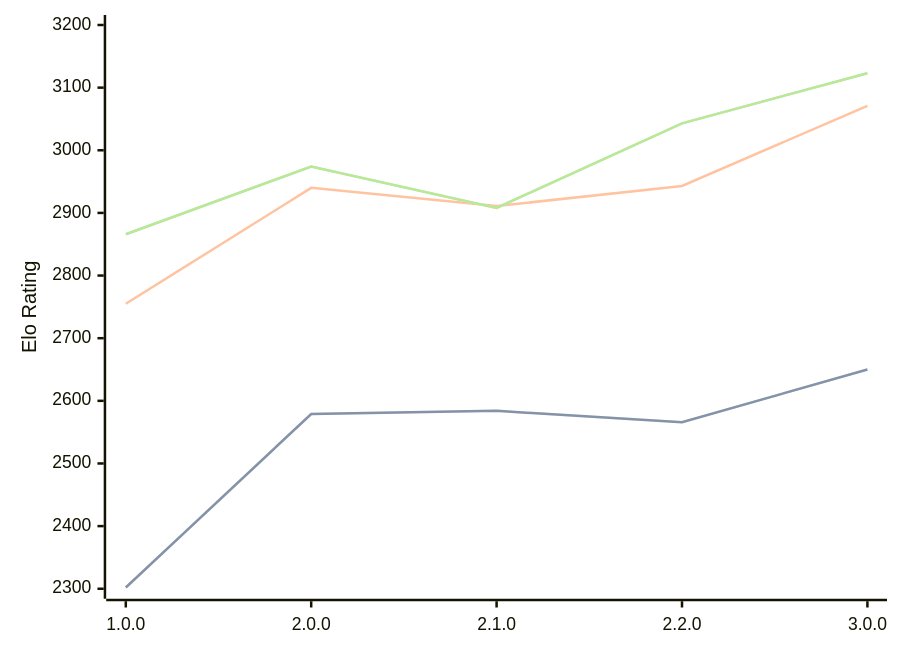
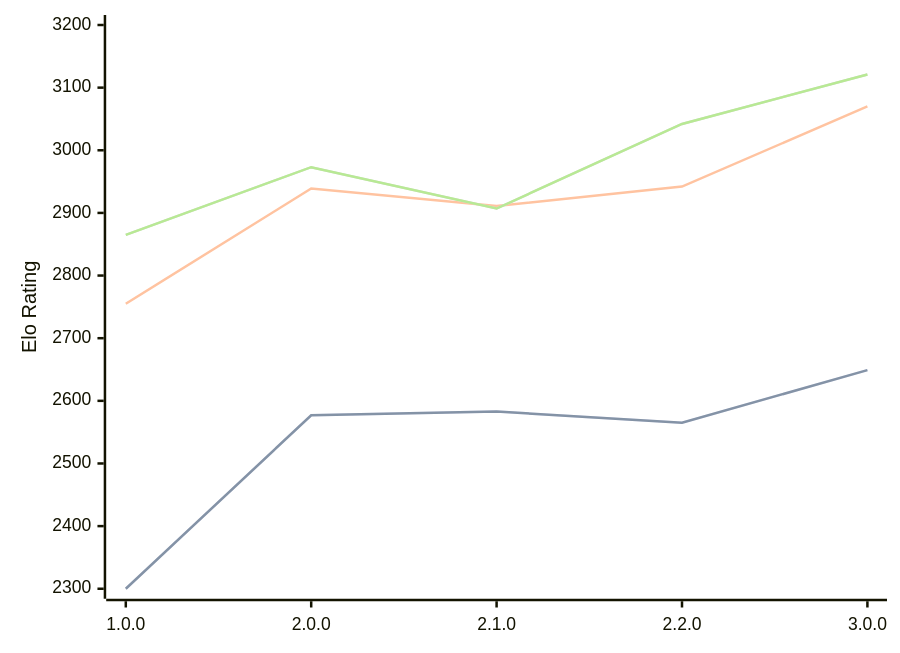
One commit to computer-chess-index/cci changed the diagram in engines/Catalyst.md. Above: the diagram before and after it, drawn with Mermaid. The commit also changed other lines of this file, not shown here.

Commit message:
Update CCI Ratings (ELO VLTC) - 2026-08-04

````diff
--- a/engines/Catalyst.md
+++ b/engines/Catalyst.md
@@ -36,11 +36,11 @@
 ```mermaid
 %%{init: {"theme":"base","themeVariables":{"seriesColors:['#a3a3a3','#222221','#faa371']}}}%%
 xychart-beta
   x-axis ["1.0.0", "2.0.0", "2.1.0", "2.2.0", "3.0.0"]
   y-axis "Elo Rating" 2300 --> 3200
-  line "STC (8.0+0.08s)" [2302, 2579, 2584, 2566, 2650]
-  line "STC (8.0+0.08s)" [2302, 2579, 2584, 2566, 2650]
-  line "LTC (60.0+0.60s)" [2755, 2940, 2911, 2943, 3071]
-  line "VLTC (2m24s+1.12s)" [2866, 2974, 2908, 3043, 3123]
-  line "VLTC (2m24s+1.12s)" [2866, 2974, 2908, 3043, 3123]
+  line "STC (8.0+0.08s)" [2300, 2577, 2583, 2565, 2649]
+  line "STC (8.0+0.08s)" [2300, 2577, 2583, 2565, 2649]
+  line "LTC (60.0+0.60s)" [2755, 2939, 2911, 2942, 3070]
+  line "VLTC (2m24s+1.12s)" [2865, 2973, 2907, 3042, 3121]
+  line "VLTC (2m24s+1.12s)" [2865, 2973, 2907, 3042, 3121]
 ```
````
